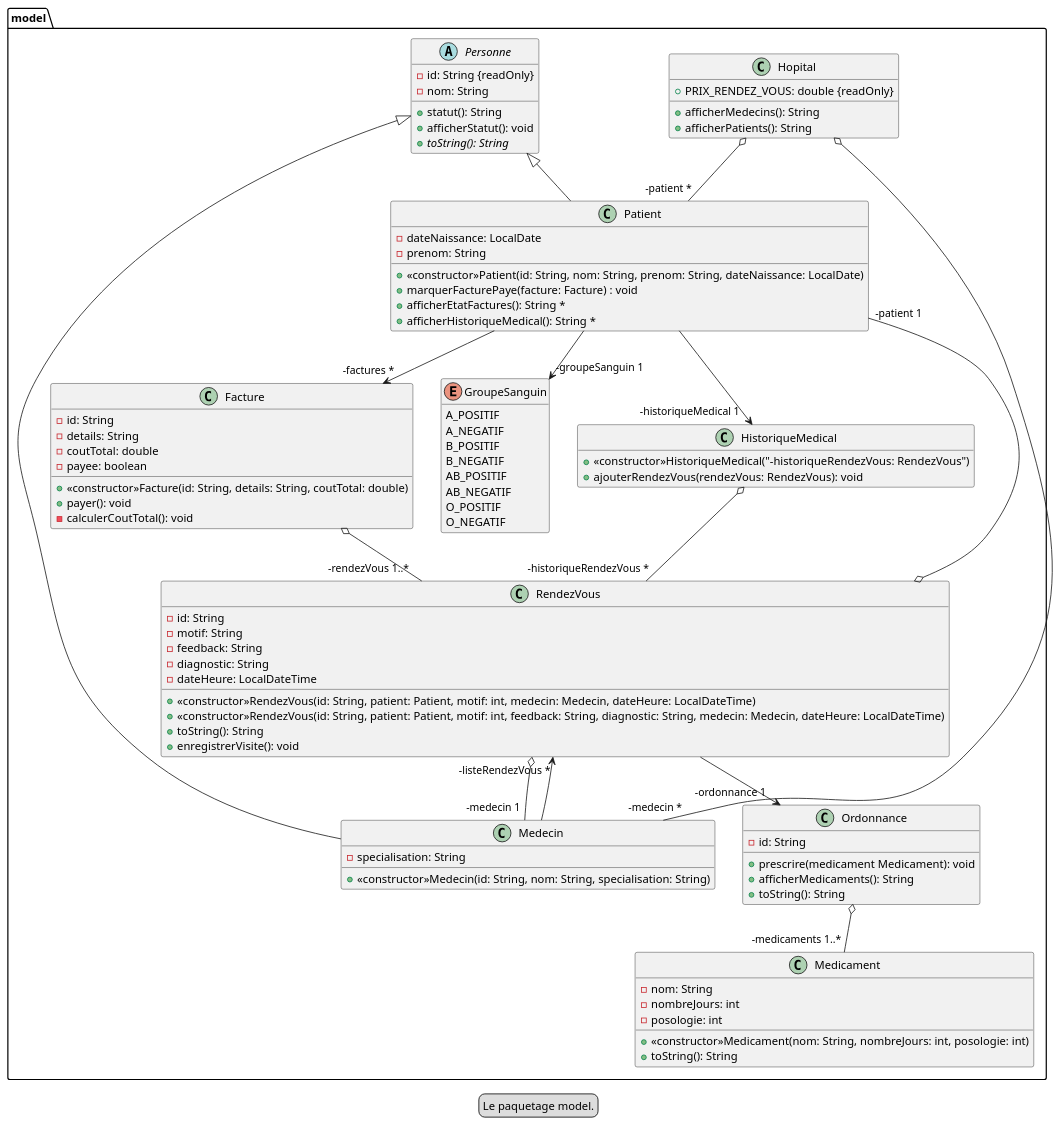
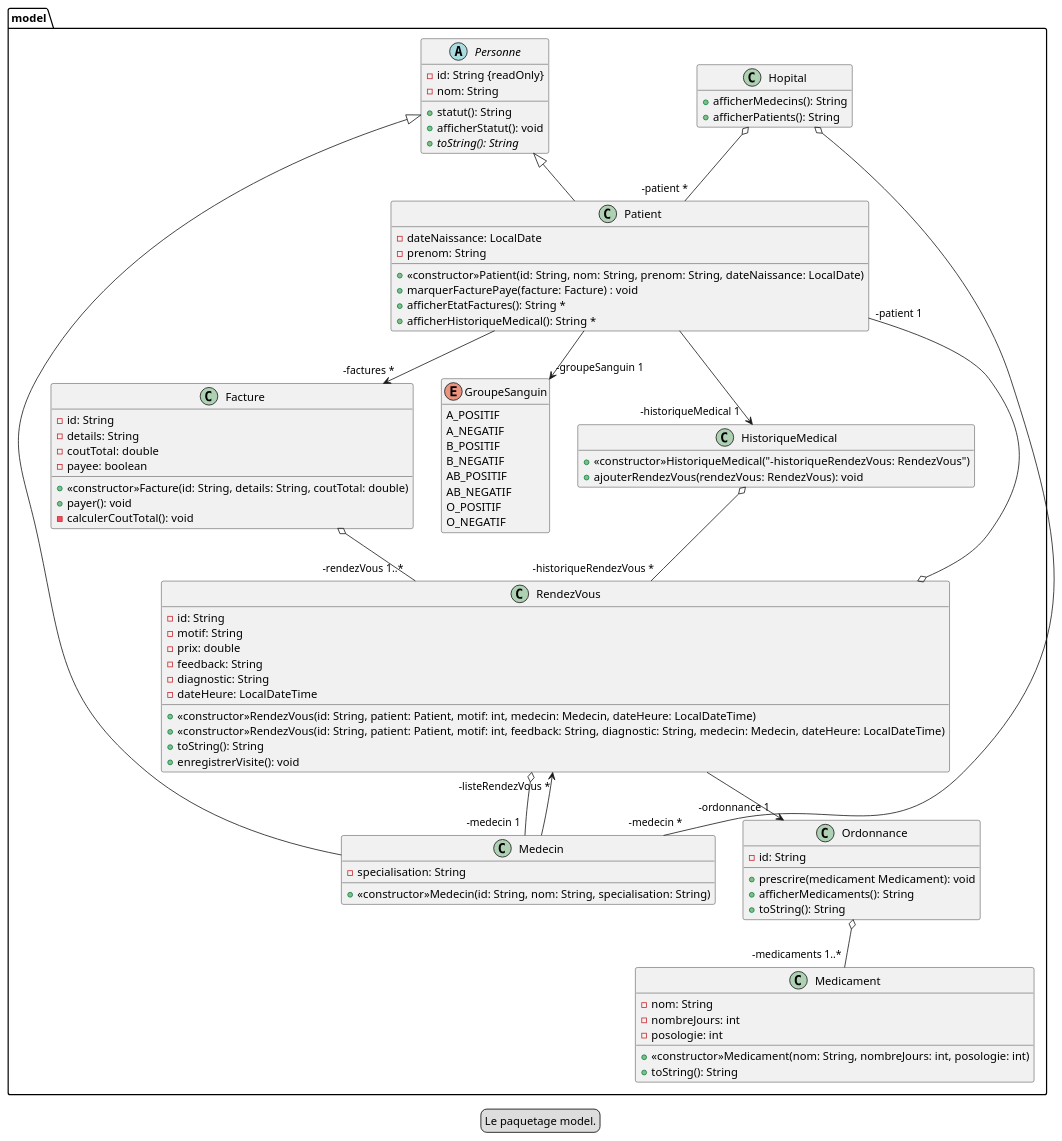
One commit to carlkolodziejski/hopital changed the diagram in plantuml/diagrammeModele.puml. Above: the diagram before and after it, drawn with PlantUML. The commit also changed 3 other files, not shown here.

```diff
--- a/plantuml/diagrammeModele.puml
+++ b/plantuml/diagrammeModele.puml
@@ -1,118 +1,118 @@
 @startuml
 
 legend Le paquetage model.
 
 hide empty members
 
 package model {
 
     abstract class Personne {
         -id: String {readOnly}
         -nom: String
 
         +statut(): String
         +afficherStatut(): void
         +{abstract}toString(): String
     }
 
     class Patient extends Personne {
         -dateNaissance: LocalDate
         -prenom: String
 
         +<<constructor>>Patient(id: String, nom: String, prenom: String, dateNaissance: LocalDate)
         +marquerFacturePaye(facture: Facture) : void
         +afficherEtatFactures(): String *
         +afficherHistoriqueMedical(): String *
     }
 
 
     class Medecin extends Personne {
         -specialisation: String
 
         +<<constructor>>Medecin(id: String, nom: String, specialisation: String)
     }
 
     class RendezVous {
         -id: String
         -motif: String
+        -prix: double
         -feedback: String
         -diagnostic: String
         -dateHeure: LocalDateTime
 
         +<<constructor>>RendezVous(id: String, patient: Patient, motif: int, medecin: Medecin, dateHeure: LocalDateTime)
         +<<constructor>>RendezVous(id: String, patient: Patient, motif: int, feedback: String, diagnostic: String, medecin: Medecin, dateHeure: LocalDateTime)
         +toString(): String
         +enregistrerVisite(): void
     }
 
     class Ordonnance {
         -id: String
 
         +prescrire(medicament Medicament): void
         +afficherMedicaments(): String
         +toString(): String
     }
 
     class Medicament {
         -nom: String
         -nombreJours: int
         -posologie: int
 
         +<<constructor>>Medicament(nom: String, nombreJours: int, posologie: int)
         +toString(): String
     }
 
     class Facture {
         -id: String
         -details: String
         -coutTotal: double
         -payee: boolean
 
         +<<constructor>>Facture(id: String, details: String, coutTotal: double)
         +payer(): void
         -calculerCoutTotal(): void
     }
 
     class Hopital {
-        +PRIX_RENDEZ_VOUS: double {readOnly}
         +afficherMedecins(): String
         +afficherPatients(): String
     }
 
     class HistoriqueMedical {
         +<<constructor>>HistoriqueMedical("-historiqueRendezVous: RendezVous")
         +ajouterRendezVous(rendezVous: RendezVous): void
     }
 
     enum GroupeSanguin {
         A_POSITIF
         A_NEGATIF
         B_POSITIF
         B_NEGATIF
         AB_POSITIF
         AB_NEGATIF
         O_POSITIF
         O_NEGATIF
     }
 
     Patient --> "-factures *" Facture
     Patient --> "-groupeSanguin 1" GroupeSanguin
     Patient --> "-historiqueMedical 1" HistoriqueMedical
 
     Medecin --> "-listeRendezVous *" RendezVous
 
     RendezVous o-- "-medecin 1" Medecin
     RendezVous o-- "-patient 1" Patient
     RendezVous --> "-ordonnance 1" Ordonnance
 
     Ordonnance o-- "-medicaments 1..*" Medicament
 
     Hopital o-- "-medecin *" Medecin
     Hopital o-- "-patient *" Patient
 
     HistoriqueMedical o-- "-historiqueRendezVous *" RendezVous
 
     Facture o-- "-rendezVous 1..*" RendezVous
 }
 
 @enduml
```
